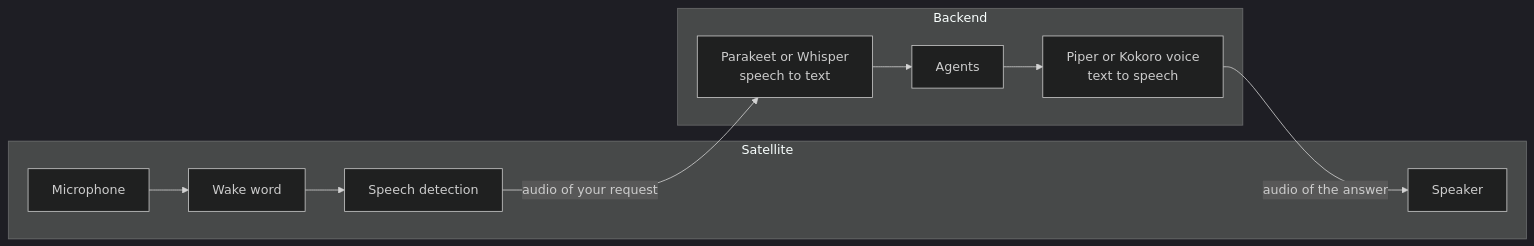
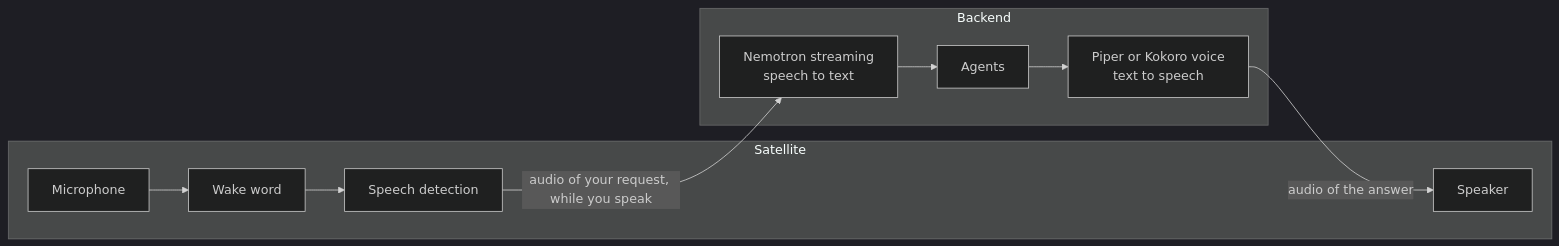
One commit to ambrogio-app/ambrogio-docs changed the diagram in src/content/docs/explanation/voice.md. Above: the diagram before and after it, drawn with Mermaid (dark theme). The commit also changed other lines of this file and 14 other files, not shown here.

First line of the commit message:
Document streaming speech recognition with Nemotron

````diff
--- a/src/content/docs/explanation/voice.md
+++ b/src/content/docs/explanation/voice.md
@@ -10,16 +10,16 @@
 ```mermaid
 flowchart LR
     subgraph sat[Satellite]
         MIC[Microphone] --> WW[Wake word]
         WW --> VAD[Speech detection]
         SPK[Speaker]
     end
     subgraph back[Backend]
-        STT[Parakeet or Whisper<br/>speech to text]
+        STT[Nemotron streaming<br/>speech to text]
         AG[Agents]
         TTS[Piper or Kokoro voice<br/>text to speech]
     end
-    VAD -- "audio of your request" --> STT
+    VAD -- "audio of your request, while you speak" --> STT
     STT --> AG --> TTS
     TTS -- "audio of the answer" --> SPK
 ```
````
